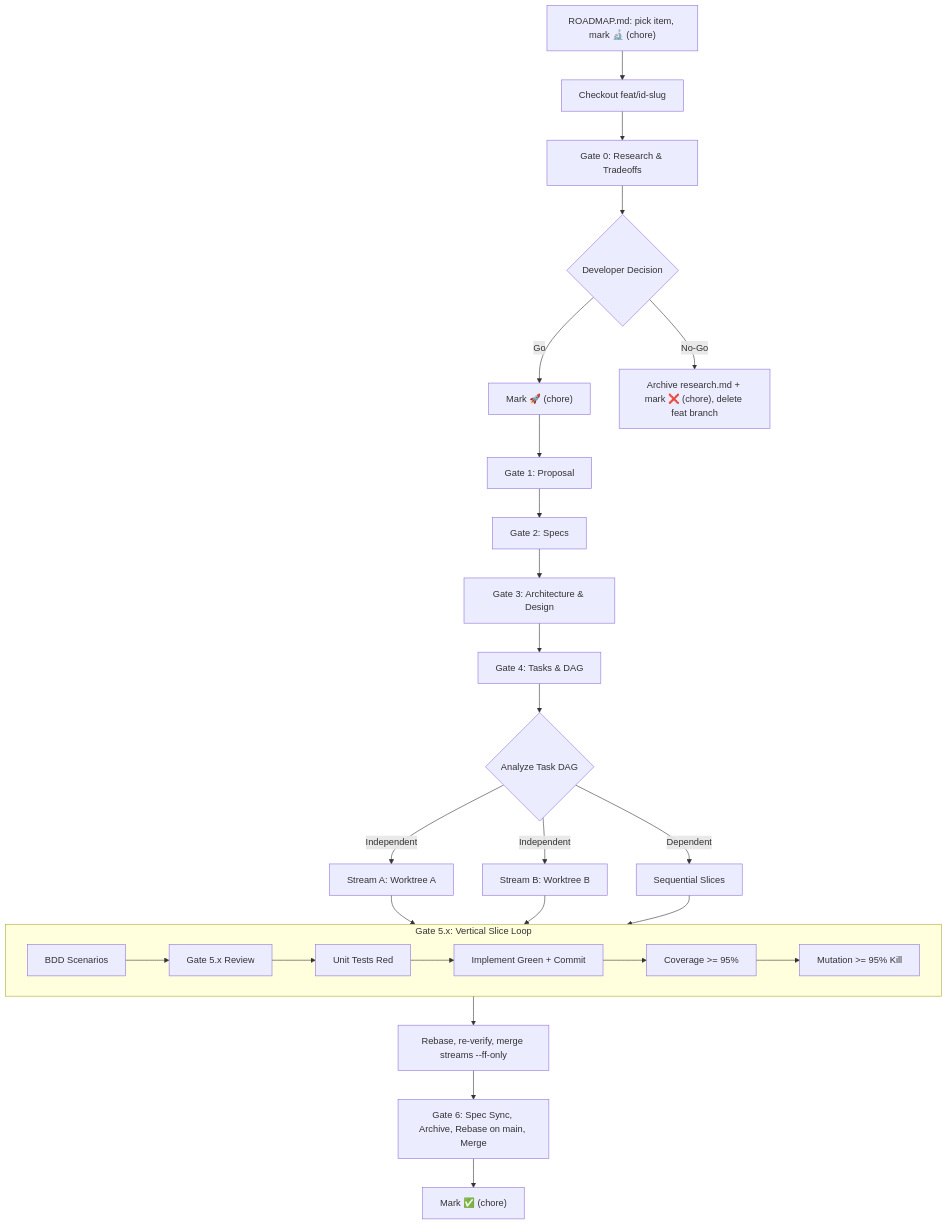
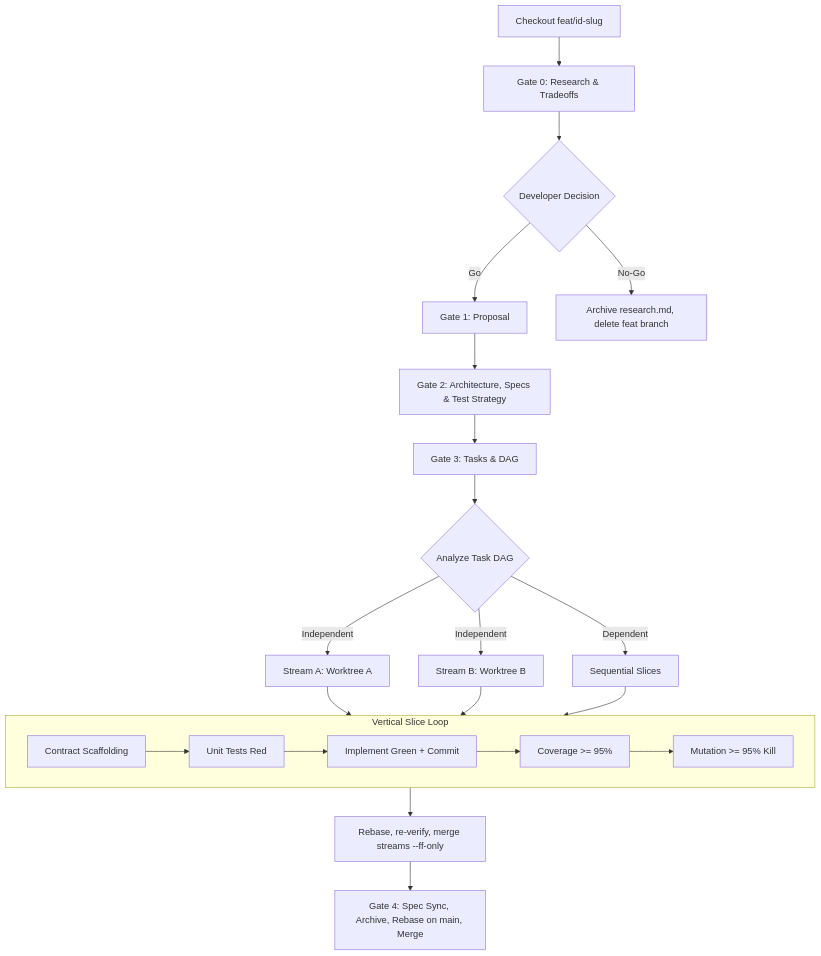
One commit to mgabs/spec-rails changed the first of 2 diagrams in openspec/spec-rails/WORKFLOW.md. Above: the diagram before and after it, drawn with Mermaid. The commit also changed other lines of this file and 12 other files, not shown here.

Commit message:
chore(roadmap): delete templates/roadmap.md, drop chore/roadmap-<id> ceremony, simplify docs/ROADMAP.md

````diff
--- a/openspec/spec-rails/WORKFLOW.md
+++ b/openspec/spec-rails/WORKFLOW.md
@@ -105,35 +95,30 @@
 ```mermaid
 flowchart TD
-    RD["ROADMAP.md: pick item, mark 🔬 (chore)"] --> B0[Checkout feat/id-slug]
-    B0 --> G0[Gate 0: Research & Tradeoffs]
+    B0[Checkout feat/id-slug] --> G0[Gate 0: Research & Tradeoffs]
     G0 --> Dec0{Developer Decision}
 
-    Dec0 -- Go --> Go["Mark 🚀 (chore)"]
-    Go --> G1[Gate 1: Proposal]
-    Dec0 -- No-Go --> Drop["Archive research.md + mark ❌ (chore), delete feat branch"]
+    Dec0 -- Go --> G1[Gate 1: Proposal]
+    Dec0 -- No-Go --> Drop["Archive research.md, delete feat branch"]
 
-    G1 --> G2[Gate 2: Specs]
-    G2 --> G3[Gate 3: Architecture & Design]
-    G3 --> G4[Gate 4: Tasks & DAG]
-    G4 --> DAG{Analyze Task DAG}
+    G1 --> G2[Gate 2: Architecture, Specs & Test Strategy]
+    G2 --> G3[Gate 3: Tasks & DAG]
+    G3 --> DAG{Analyze Task DAG}
 
     DAG -- Independent --> S_A[Stream A: Worktree A]
     DAG -- Independent --> S_B[Stream B: Worktree B]
     DAG -- Dependent --> S_Seq[Sequential Slices]
 
-    subgraph Slice_Loop [Gate 5.x: Vertical Slice Loop]
-        A1[BDD Scenarios] --> GA[Gate 5.x Review]
-        GA --> A2[Unit Tests Red]
+    subgraph Slice_Loop [Vertical Slice Loop]
+        A1[Contract Scaffolding] --> A2[Unit Tests Red]
         A2 --> A3[Implement Green + Commit]
         A3 --> A4[Coverage >= 95%]
         A4 --> A5["Mutation >= 95% Kill"]
     end
 
     S_A --> Slice_Loop
     S_B --> Slice_Loop
     S_Seq --> Slice_Loop
 
     Slice_Loop --> MS["Rebase, re-verify, merge streams --ff-only"]
-    MS --> G6[Gate 6: Spec Sync, Archive, Rebase on main, Merge]
-    G6 --> Ship["Mark ✅ (chore)"]
+    MS --> G4[Gate 4: Spec Sync, Archive, Rebase on main, Merge]
 ```
````
